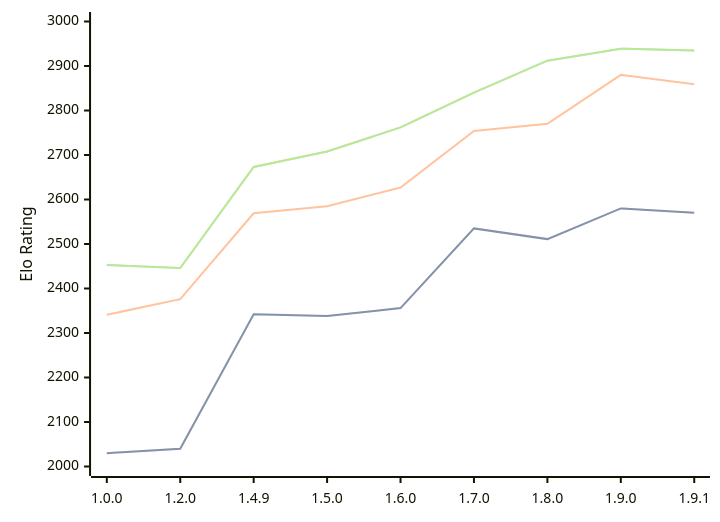
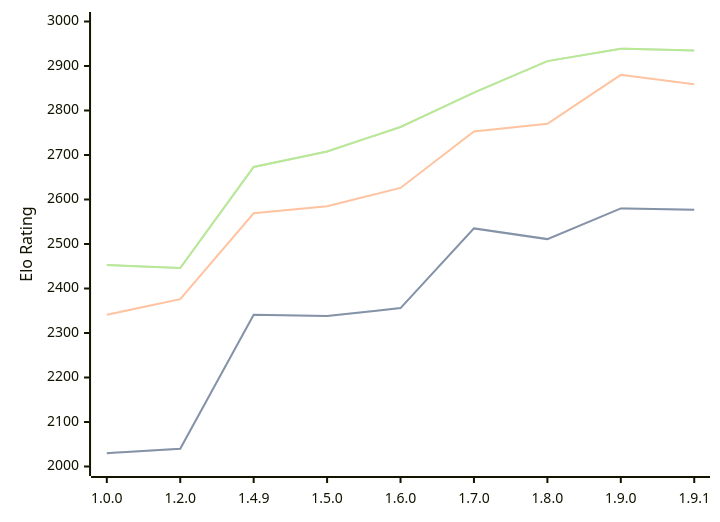
The diagram in engines/Basilisk.md (computer-chess-index/cci), drawn with Mermaid before and after one commit. The commit also changed other lines of this file, not shown here.

Commit message:
Update CCI Ratings (ELO VLTC) - 2026-08-02

````diff
--- a/engines/Basilisk.md
+++ b/engines/Basilisk.md
@@ -53,11 +54,11 @@
 ```mermaid
 %%{init: {"theme":"base","themeVariables":{"seriesColors:['#a3a3a3','#222221','#faa371']}}}%%
 xychart-beta
   x-axis ["1.0.0", "1.2.0", "1.4.9", "1.5.0", "1.6.0", "1.7.0", "1.8.0", "1.9.0", "1.9.1"]
   y-axis "Elo Rating" 2000 --> 3000
-  line "STC (8.0+0.08s)" [2030, 2040, 2342, 2338, 2356, 2535, 2511, 2580, 2570]
-  line "STC (8.0+0.08s)" [2030, 2040, 2342, 2338, 2356, 2535, 2511, 2580, 2570]
-  line "LTC (60.0+0.60s)" [2341, 2376, 2569, 2585, 2627, 2754, 2770, 2880, 2859]
-  line "VLTC (2m24s+1.12s)" [2453, 2446, 2673, 2708, 2762, 2840, 2912, 2939, 2935]
-  line "VLTC (2m24s+1.12s)" [2453, 2446, 2673, 2708, 2762, 2840, 2912, 2939, 2935]
+  line "STC (8.0+0.08s)" [2030, 2040, 2341, 2338, 2356, 2535, 2511, 2580, 2577]
+  line "STC (8.0+0.08s)" [2030, 2040, 2341, 2338, 2356, 2535, 2511, 2580, 2577]
+  line "LTC (60.0+0.60s)" [2341, 2376, 2569, 2585, 2626, 2753, 2770, 2880, 2859]
+  line "VLTC (2m24s+1.12s)" [2453, 2446, 2673, 2708, 2763, 2840, 2911, 2939, 2935]
+  line "VLTC (2m24s+1.12s)" [2453, 2446, 2673, 2708, 2763, 2840, 2911, 2939, 2935]
 ```
````
